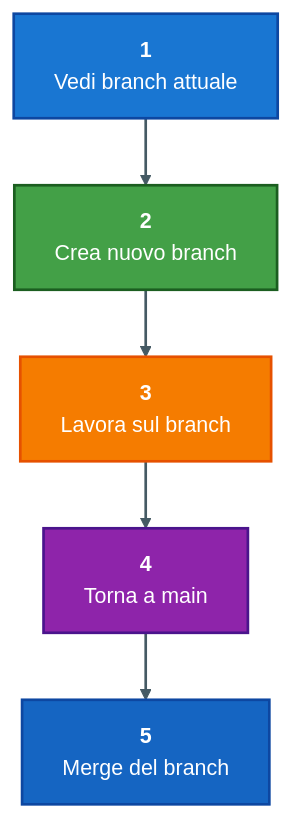
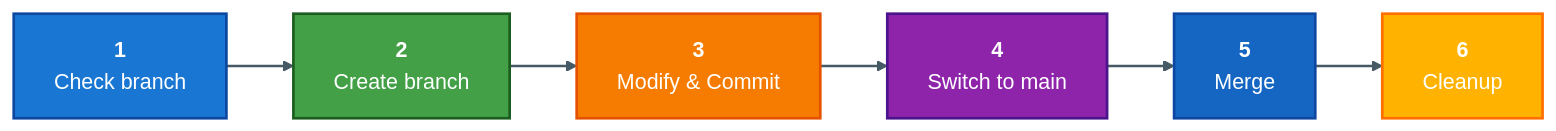
The second of 7 diagrams in 02-esercitazioni/02-branches/guida.md (DaveFV91/GitCourse), drawn with Mermaid (forest theme) before and after one commit. The commit also changed other lines of this file and 1 other file, not shown here.

````diff
--- a/02-esercitazioni/02-branches/guida.md
+++ b/02-esercitazioni/02-branches/guida.md
@@ -35,15 +39,17 @@
-```mermaid
-flowchart TD
-    A["<b>1</b><br/>Vedi branch attuale"] --> B["<b>2</b><br/>Crea nuovo branch"]
-    B --> C["<b>3</b><br/>Lavora sul branch"]
-    C --> D["<b>4</b><br/>Torna a main"]
-    D --> E["<b>5</b><br/>Merge del branch"]
-    
+:::mermaid
+flowchart LR
+    A["<b>1</b><br/>Check branch"] --> B["<b>2</b><br/>Create branch"]
+    B --> C["<b>3</b><br/>Modify & Commit"]
+    C --> D["<b>4</b><br/>Switch to main"]
+    D --> E["<b>5</b><br/>Merge"]
+    E --> F["<b>6</b><br/>Cleanup"]
+
     style A fill:#1976D2,stroke:#0D47A1,stroke-width:2px,color:#fff
     style B fill:#43A047,stroke:#1B5E20,stroke-width:2px,color:#fff
     style C fill:#F57C00,stroke:#E65100,stroke-width:2px,color:#fff
     style D fill:#8E24AA,stroke:#4A148C,stroke-width:2px,color:#fff
     style E fill:#1565C2,stroke:#0D47A1,stroke-width:2px,color:#fff
-    
+    style F fill:#FFB300,stroke:#FF6F00,stroke-width:2px,color:#fff
+
     linkStyle default stroke:#455A64,stroke-width:2px
-```
+:::
````
